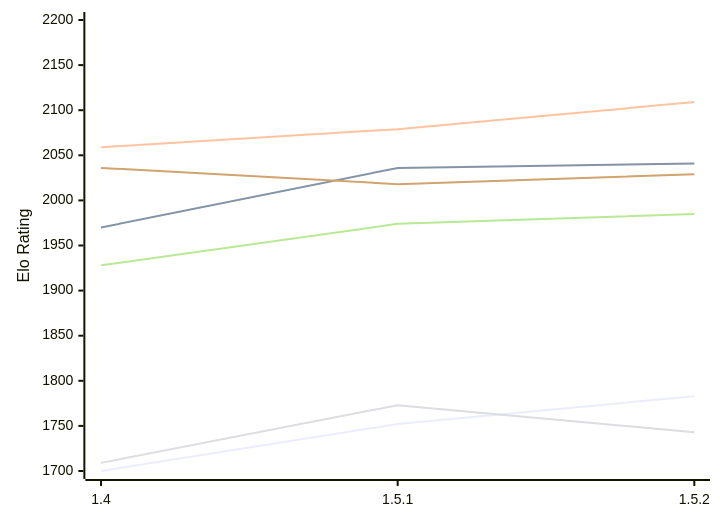
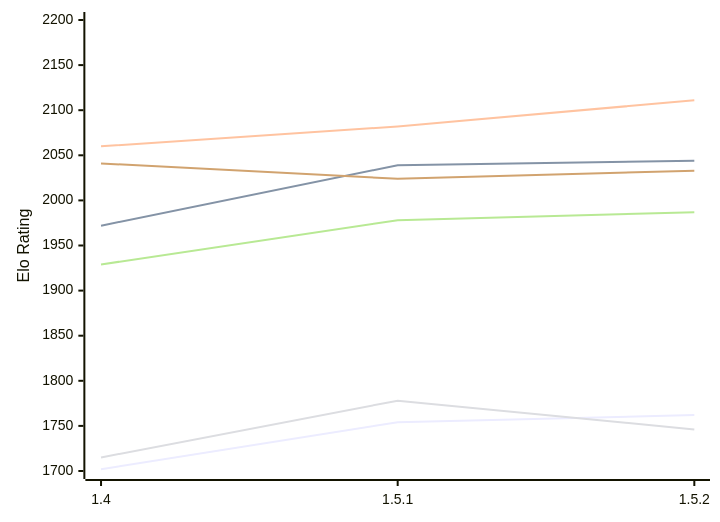
The diagram in engines/Jace.md (computer-chess-index/cci), drawn with Mermaid before and after one commit. The commit also changed other lines of this file, not shown here.

Commit message:
Update CCI Ratings (ELO VLTC) - 2026-11-25

````diff
--- a/engines/Jace.md
+++ b/engines/Jace.md
@@ -51,12 +51,12 @@
 ```mermaid
 %%{init: {"theme":"base","themeVariables":{"seriesColors:['#a3a3a3','#222221','#faa371']}}}%%
 xychart-beta
   x-axis ["1.4", "1.5.1", "1.5.2"]
   y-axis "Elo Rating" 1700 --> 2200
-  line "E1: STC (8.0+0.08s)" [1700, 1752, 1783]
-  line "E1: LTC (60.0+0.60s)" [1970, 2036, 2041]
-  line "E1: VLTC (2m24s+1.12s)" [2059, 2079, 2109]
-  line "P1: STC (8.0+0.08s)" [1709, 1773, 1743]
-  line "P1: LTC (60.0+0.60s)" [1928, 1974, 1985]
-  line "P1: VLTC (2m24s+1.12s)" [2036, 2018, 2029]
+  line "E1: STC (8.0+0.08s)" [1702, 1754, 1762]
+  line "E1: LTC (60.0+0.60s)" [1972, 2039, 2044]
+  line "E1: VLTC (2m24s+1.12s)" [2060, 2082, 2111]
+  line "P1: STC (8.0+0.08s)" [1715, 1778, 1746]
+  line "P1: LTC (60.0+0.60s)" [1929, 1978, 1987]
+  line "P1: VLTC (2m24s+1.12s)" [2041, 2024, 2033]
 ```
````
